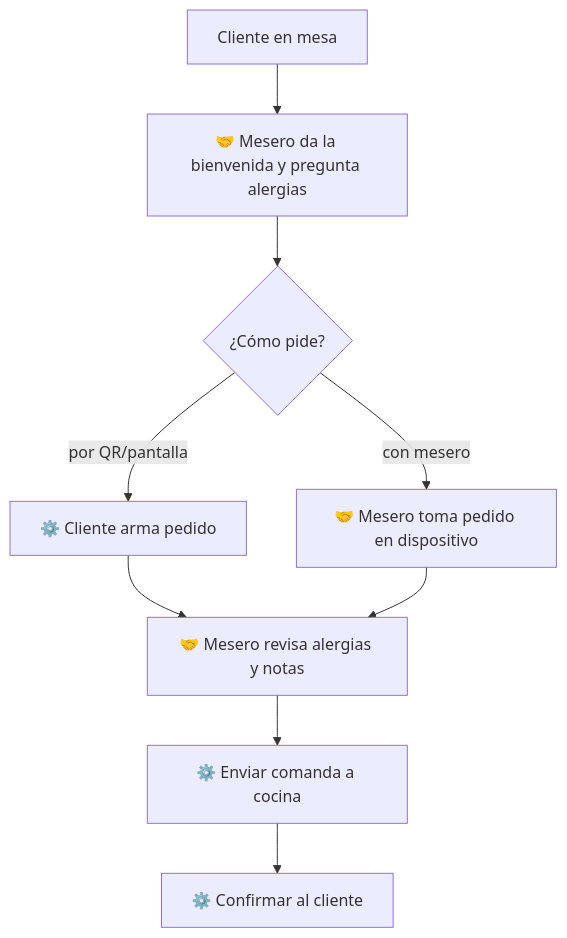
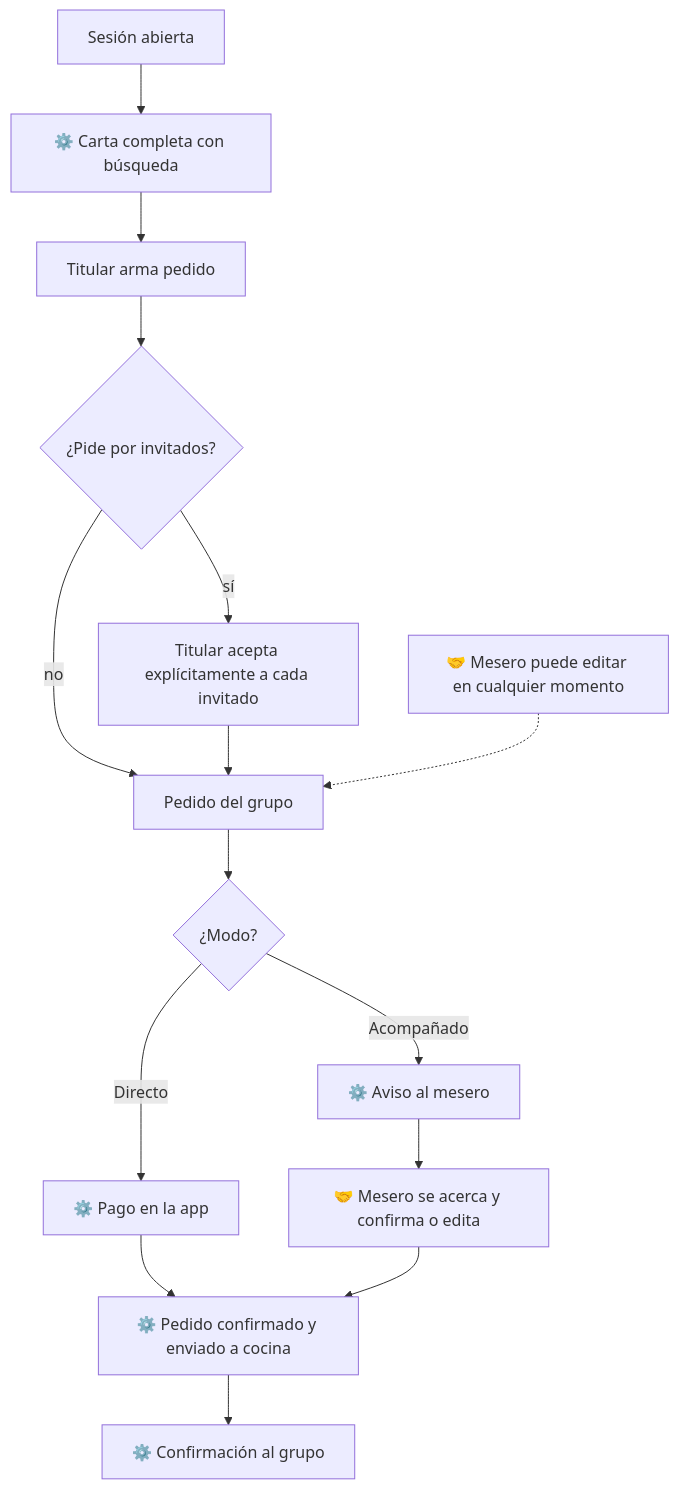
Before and after one commit to milkmantree/hungria: the diagram in docs/flujos/02-mesa-y-pedido.md, drawn with Mermaid. The commit also changed other lines of this file and 21 other files, not shown here.

````diff
--- a/docs/flujos/02-mesa-y-pedido.md
+++ b/docs/flujos/02-mesa-y-pedido.md
@@ -10,11 +10,17 @@
 ```mermaid
 flowchart TD
-    A[Cliente en mesa] --> B[🤝 Mesero da la bienvenida y pregunta alergias]
-    B --> C{¿Cómo pide?}
-    C -- por QR/pantalla --> D[⚙️ Cliente arma pedido]
-    C -- con mesero --> E[🤝 Mesero toma pedido en dispositivo]
-    D --> F[🤝 Mesero revisa alergias y notas]
+    A[Sesión abierta] --> B[⚙️ Carta completa con búsqueda]
+    B --> C[Titular arma pedido]
+    C --> D{¿Pide por invitados?}
+    D -- sí --> E[Titular acepta explícitamente a cada invitado]
+    D -- no --> F[Pedido del grupo]
     E --> F
-    F --> G[⚙️ Enviar comanda a cocina]
-    G --> H[⚙️ Confirmar al cliente]
+    F --> G{¿Modo?}
+    G -- Directo --> H[⚙️ Pago en la app]
+    H --> I[⚙️ Pedido confirmado y enviado a cocina]
+    G -- Acompañado --> J[⚙️ Aviso al mesero]
+    J --> K[🤝 Mesero se acerca y confirma o edita]
+    K --> I
+    I --> L[⚙️ Confirmación al grupo]
+    M[🤝 Mesero puede editar en cualquier momento] -.-> F
 ```
````
